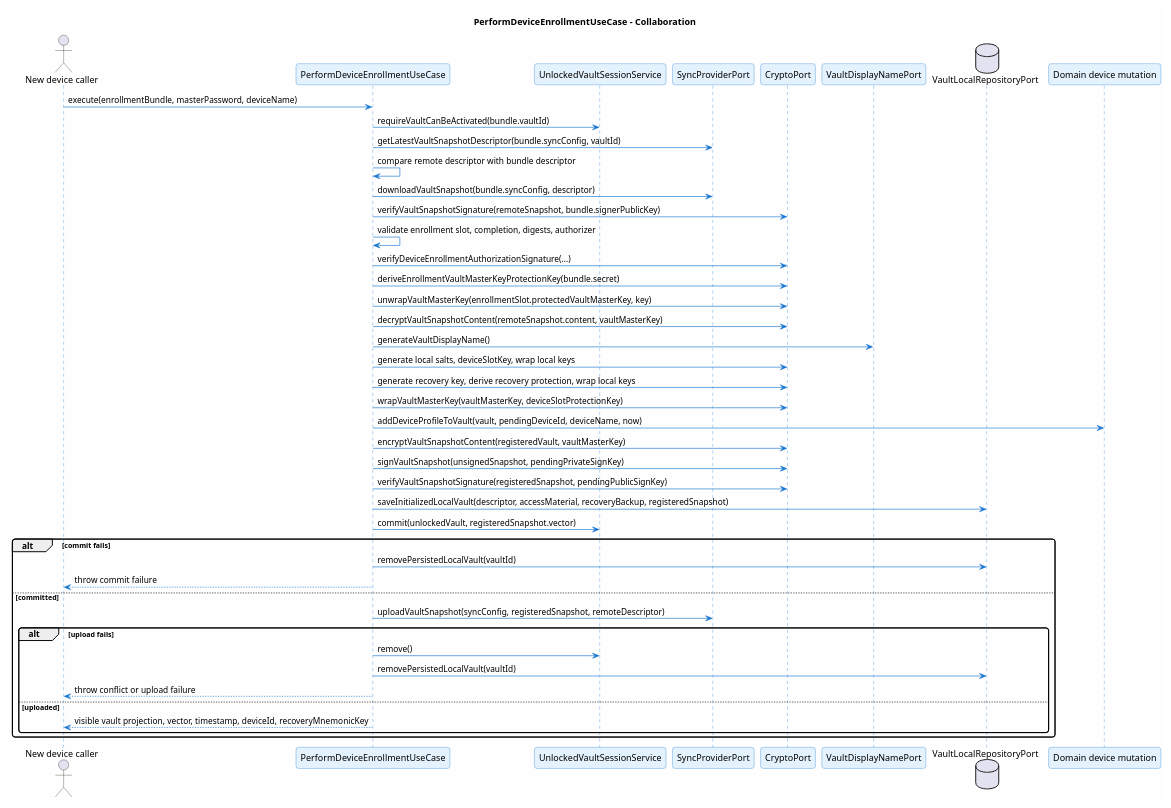
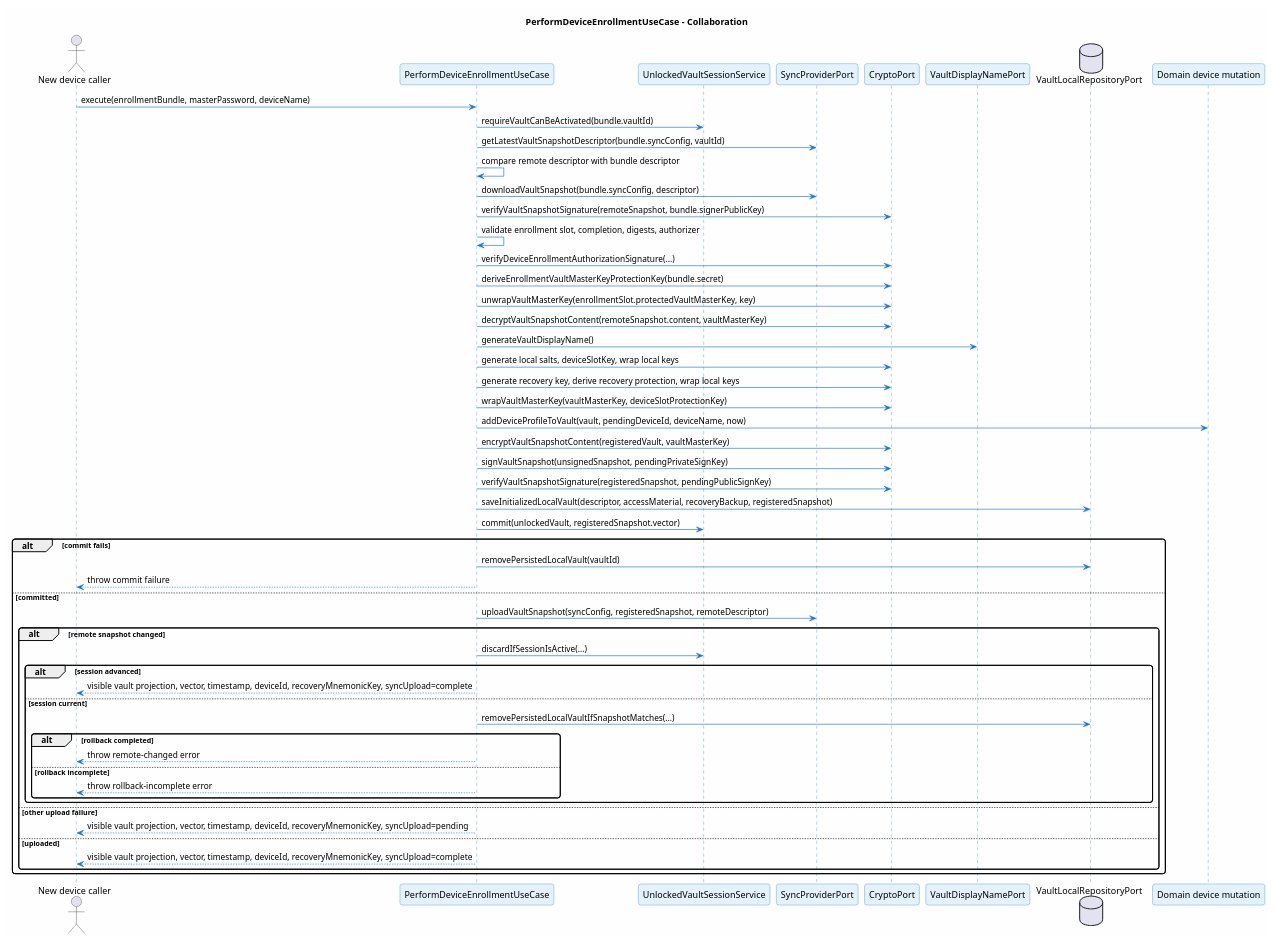
One commit to ArionStudio/engr-serverless-pm changed the diagram in docs/v1/use-case/device-trust/perform-device-enrollment.sequence.puml. Above: the diagram before and after it, drawn with PlantUML. The commit also changed 7 other files, not shown here.

```diff
--- a/docs/v1/use-case/device-trust/perform-device-enrollment.sequence.puml
+++ b/docs/v1/use-case/device-trust/perform-device-enrollment.sequence.puml
@@ -1,58 +1,68 @@
 @startuml perform-device-enrollment-sequence
 title PerformDeviceEnrollmentUseCase - Collaboration
 
 skinparam backgroundColor #FEFEFE
 skinparam roundcorner 8
 skinparam shadowing false
 skinparam sequence {
   ArrowColor #1976D2
   LifeLineBorderColor #1976D2
   ParticipantBackgroundColor #E3F2FD
   ParticipantBorderColor #1976D2
 }
 
 actor "New device caller" as Caller
 participant "PerformDeviceEnrollmentUseCase" as UC
 participant "UnlockedVaultSessionService" as Session
 participant "SyncProviderPort" as Sync
 participant "CryptoPort" as Crypto
 participant "VaultDisplayNamePort" as Names
 database "VaultLocalRepositoryPort" as LocalRepo
 participant "Domain device mutation" as Domain
 
 Caller -> UC : execute(enrollmentBundle, masterPassword, deviceName)
 UC -> Session : requireVaultCanBeActivated(bundle.vaultId)
 UC -> Sync : getLatestVaultSnapshotDescriptor(bundle.syncConfig, vaultId)
 UC -> UC : compare remote descriptor with bundle descriptor
 UC -> Sync : downloadVaultSnapshot(bundle.syncConfig, descriptor)
 UC -> Crypto : verifyVaultSnapshotSignature(remoteSnapshot, bundle.signerPublicKey)
 UC -> UC : validate enrollment slot, completion, digests, authorizer
 UC -> Crypto : verifyDeviceEnrollmentAuthorizationSignature(...)
 UC -> Crypto : deriveEnrollmentVaultMasterKeyProtectionKey(bundle.secret)
 UC -> Crypto : unwrapVaultMasterKey(enrollmentSlot.protectedVaultMasterKey, key)
 UC -> Crypto : decryptVaultSnapshotContent(remoteSnapshot.content, vaultMasterKey)
 UC -> Names : generateVaultDisplayName()
 UC -> Crypto : generate local salts, deviceSlotKey, wrap local keys
 UC -> Crypto : generate recovery key, derive recovery protection, wrap local keys
 UC -> Crypto : wrapVaultMasterKey(vaultMasterKey, deviceSlotProtectionKey)
 UC -> Domain : addDeviceProfileToVault(vault, pendingDeviceId, deviceName, now)
 UC -> Crypto : encryptVaultSnapshotContent(registeredVault, vaultMasterKey)
 UC -> Crypto : signVaultSnapshot(unsignedSnapshot, pendingPrivateSignKey)
 UC -> Crypto : verifyVaultSnapshotSignature(registeredSnapshot, pendingPublicSignKey)
 UC -> LocalRepo : saveInitializedLocalVault(descriptor, accessMaterial, recoveryBackup, registeredSnapshot)
 UC -> Session : commit(unlockedVault, registeredSnapshot.vector)
 alt commit fails
   UC -> LocalRepo : removePersistedLocalVault(vaultId)
   UC --> Caller : throw commit failure
 else committed
   UC -> Sync : uploadVaultSnapshot(syncConfig, registeredSnapshot, remoteDescriptor)
-  alt upload fails
-    UC -> Session : remove()
-    UC -> LocalRepo : removePersistedLocalVault(vaultId)
-    UC --> Caller : throw conflict or upload failure
+  alt remote snapshot changed
+    UC -> Session : discardIfSessionIsActive(...)
+    alt session advanced
+      UC --> Caller : visible vault projection, vector, timestamp, deviceId, recoveryMnemonicKey, syncUpload=complete
+    else session current
+      UC -> LocalRepo : removePersistedLocalVaultIfSnapshotMatches(...)
+      alt rollback completed
+        UC --> Caller : throw remote-changed error
+      else rollback incomplete
+        UC --> Caller : throw rollback-incomplete error
+      end
+    end
+  else other upload failure
+    UC --> Caller : visible vault projection, vector, timestamp, deviceId, recoveryMnemonicKey, syncUpload=pending
   else uploaded
-    UC --> Caller : visible vault projection, vector, timestamp, deviceId, recoveryMnemonicKey
+    UC --> Caller : visible vault projection, vector, timestamp, deviceId, recoveryMnemonicKey, syncUpload=complete
   end
 end
 
 @enduml
```
